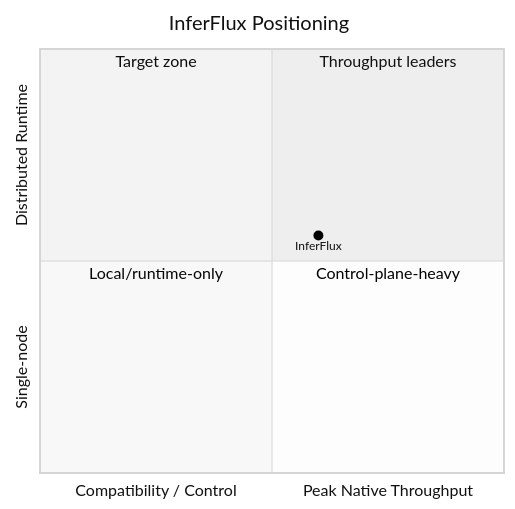
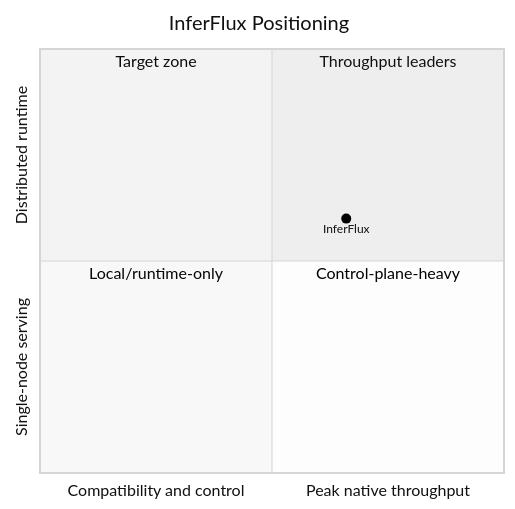
Before and after one commit to vjsingh1984/inferflux: the diagram in docs/COMPETITIVE_POSITIONING.md, drawn with Mermaid (neutral theme). The commit also changed other lines of this file and 27 other files, not shown here.

````diff
--- a/docs/COMPETITIVE_POSITIONING.md
+++ b/docs/COMPETITIVE_POSITIONING.md
@@ -5,11 +5,11 @@
 ```mermaid
 quadrantChart
     title InferFlux Positioning
-    x-axis "Compatibility / Control" --> "Peak Native Throughput"
-    y-axis "Single-node" --> "Distributed Runtime"
+    x-axis "Compatibility and control" --> "Peak native throughput"
+    y-axis "Single-node serving" --> "Distributed runtime"
     quadrant-1 "Throughput leaders"
     quadrant-2 "Target zone"
     quadrant-3 "Local/runtime-only"
     quadrant-4 "Control-plane-heavy"
-    InferFlux: [0.60, 0.56]
+    InferFlux: [0.66, 0.60]
 ```
````
